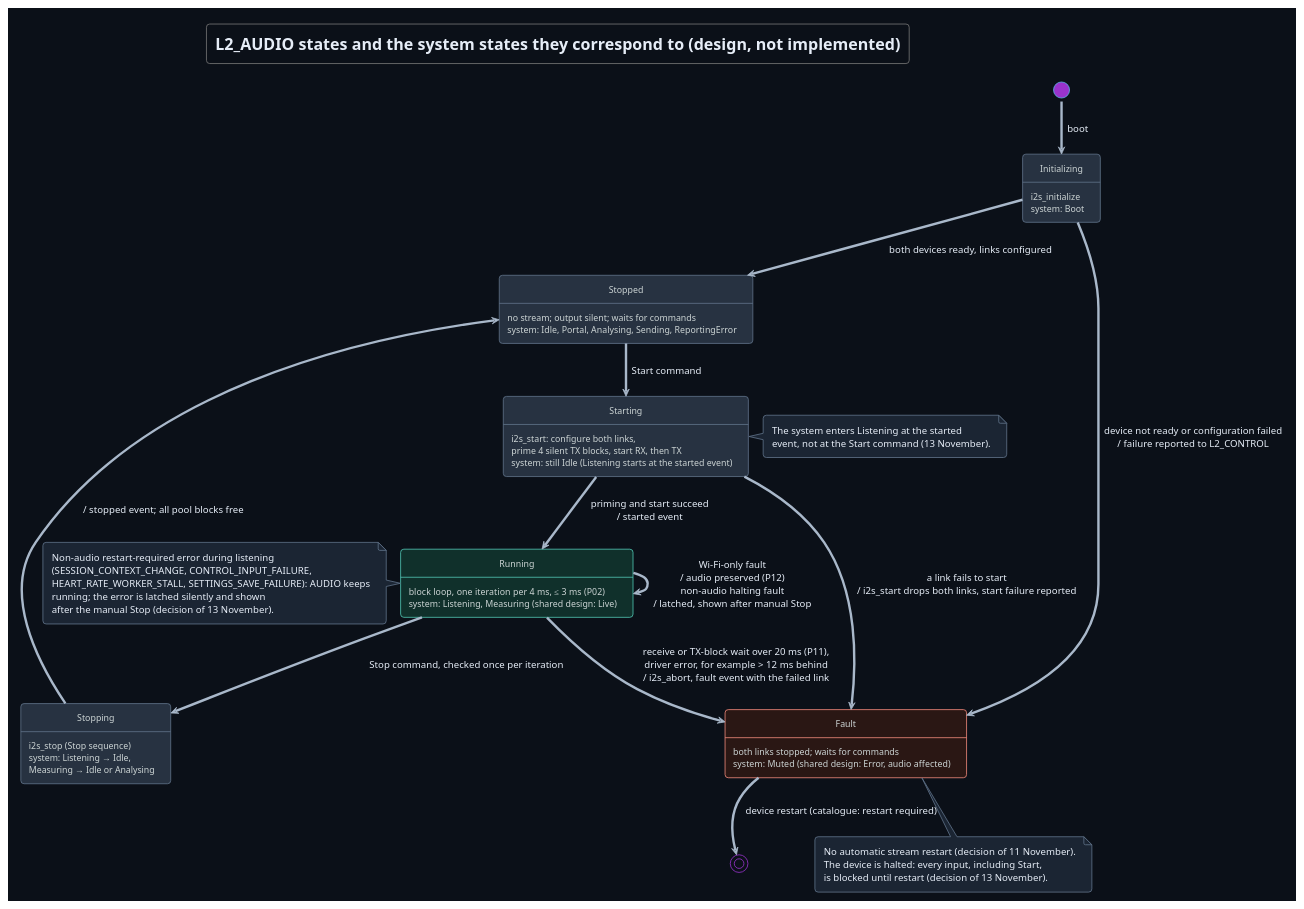
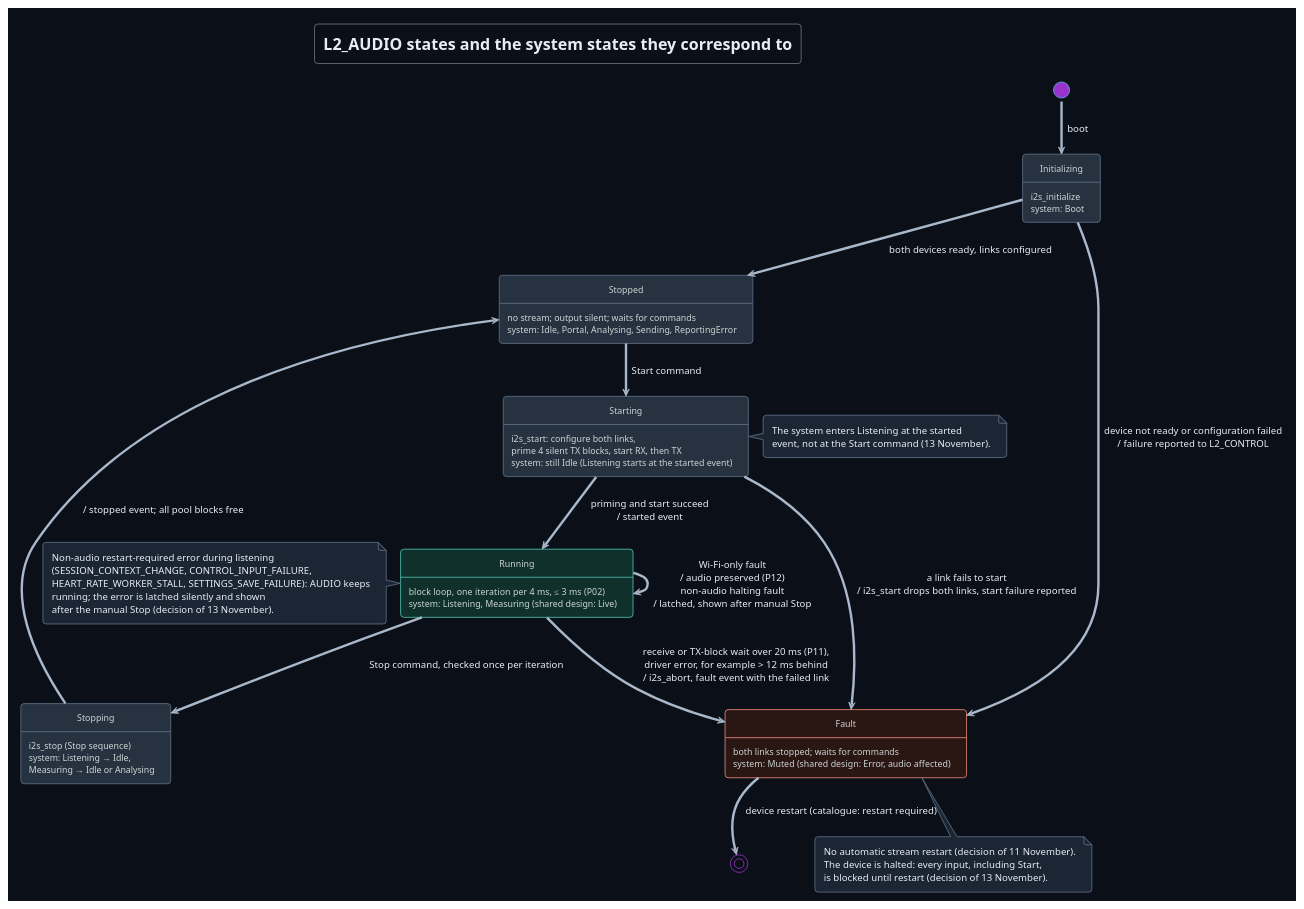
The diagram in Development/system/design/AUDIO/audio-state.puml (DemonicPsychoII/DigitalStethoscope), drawn with PlantUML before and after one commit. The commit also changed 8 other files, not shown here.

First line of the commit message:
TICKET-185: documentation: remove implementation-status statements from the audio design

```diff
--- a/Development/system/design/AUDIO/audio-state.puml
+++ b/Development/system/design/AUDIO/audio-state.puml
@@ -1,62 +1,62 @@
 @startuml audio_state
 !theme cyborg
 !pragma layout smetana
 skinparam shadowing false
 skinparam defaultFontName SansSerif
 skinparam backgroundColor #0b1018
 skinparam defaultFontColor #e6edf7
 skinparam ArrowColor #a9b8ca
 skinparam ArrowFontColor #e6edf7
 skinparam state {
  BackgroundColor #273241
  BorderColor #61738a
  FontColor #e6edf7
  AttributeFontColor #cdd5d5
  BackgroundColor<<running>> #10302b
  BorderColor<<running>> #52c7b4
  BackgroundColor<<fault>> #2a1714
  BorderColor<<fault>> #f08a7c
  BackgroundColor<<unclear>> #3a3320
  BorderColor<<unclear>> #dcbb63
 }
 skinparam note {
  BackgroundColor #1b2533
  BorderColor #61738a
  FontColor #e6edf7
 }
-title L2_AUDIO states and the system states they correspond to (design, not implemented)
+title L2_AUDIO states and the system states they correspond to
 hide empty description
 state "Initializing" as Initializing : i2s_initialize\nsystem: Boot
 state "Stopped" as Stopped : no stream; output silent; waits for commands\nsystem: Idle, Portal, Analysing, Sending, ReportingError
 state "Starting" as Starting : i2s_start: configure both links,\nprime 4 silent TX blocks, start RX, then TX\nsystem: still Idle (Listening starts at the started event)
 state "Running" as Running <<running>> : block loop, one iteration per 4 ms, ≤ 3 ms (P02)\nsystem: Listening, Measuring (shared design: Live)
 state "Stopping" as Stopping : i2s_stop (Stop sequence)\nsystem: Listening → Idle,\nMeasuring → Idle or Analysing
 state "Fault" as Fault <<fault>> : both links stopped; waits for commands\nsystem: Muted (shared design: Error, audio affected)
 [*] --> Initializing : boot
 Initializing --> Stopped : both devices ready, links configured
 Initializing --> Fault : device not ready or configuration failed\n/ failure reported to L2_CONTROL
 Stopped --> Starting : Start command
 Starting --> Running : priming and start succeed\n/ started event
 Starting --> Fault : a link fails to start\n/ i2s_start drops both links, start failure reported
 Running --> Stopping : Stop command, checked once per iteration
 Stopping --> Stopped : / stopped event; all pool blocks free
 Running --> Fault : receive or TX-block wait over 20 ms (P11),\ndriver error, for example > 12 ms behind\n/ i2s_abort, fault event with the failed link
 Running --> Running : Wi-Fi-only fault\n/ audio preserved (P12)\nnon-audio halting fault\n/ latched, shown after manual Stop
 Fault --> [*] : device restart (catalogue: restart required)
 note bottom of Fault
   No automatic stream restart (decision of 11 November).
   The device is halted: every input, including Start,
   is blocked until restart (decision of 13 November).
 end note
 note left of Running
   Non-audio restart-required error during listening
   (SESSION_CONTEXT_CHANGE, CONTROL_INPUT_FAILURE,
   HEART_RATE_WORKER_STALL, SETTINGS_SAVE_FAILURE): AUDIO keeps
   running; the error is latched silently and shown
   after the manual Stop (decision of 13 November).
 end note
 note right of Starting
   The system enters Listening at the started
   event, not at the Start command (13 November).
 end note
 @enduml
```
